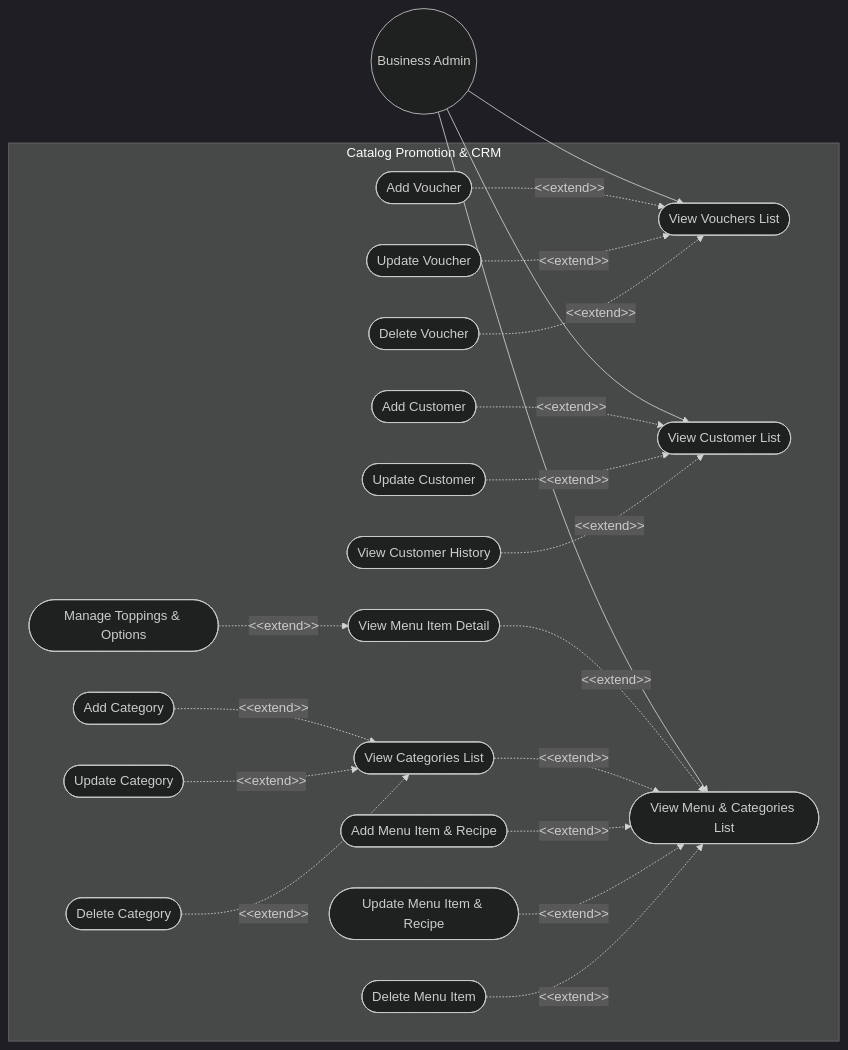
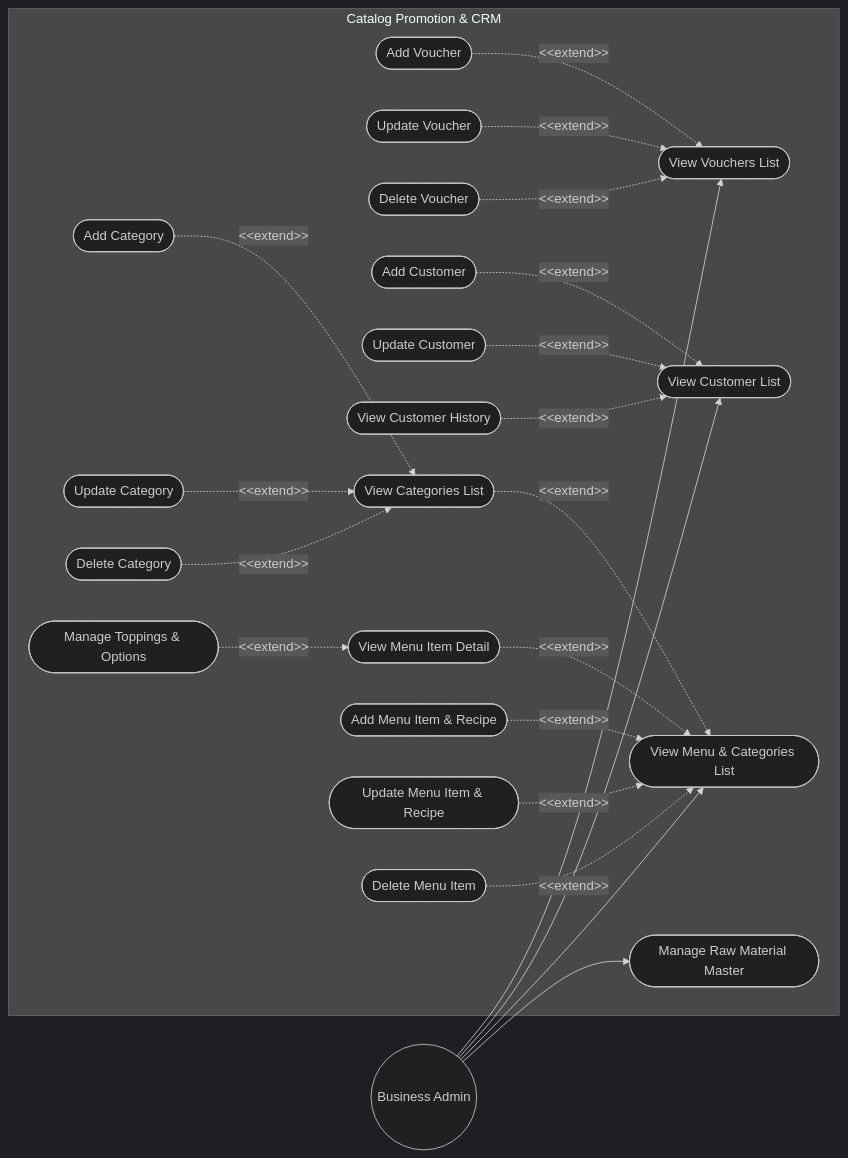
One commit to Shaichi/Khoga_coffe_shop changed the fourth of 8 diagrams in sections/02_user_requirements.md. Above: the diagram before and after it, drawn with Mermaid (dark theme). The commit also changed other lines of this file and 42 other files, not shown here.

````diff
--- a/sections/02_user_requirements.md
+++ b/sections/02_user_requirements.md
@@ -114,55 +114,58 @@
 ```mermaid
 graph LR
     %% Actors
     Actor_BizAdmin((Business Admin))
 
     %% Use Cases
     subgraph Catalog Promotion & CRM
         UC_ListVouchers([View Vouchers List])
         UC_AddVoucher([Add Voucher])
         UC_UpdateVoucher([Update Voucher])
         UC_DeleteVoucher([Delete Voucher])
 
         UC_ListCustomers([View Customer List])
         UC_AddCustomer([Add Customer])
         UC_UpdateCustomer([Update Customer])
         UC_ViewCustHistory([View Customer History])
 
         UC_ListMenu([View Menu & Categories List])
         UC_ViewMenuDetail([View Menu Item Detail])
         UC_ListCategories([View Categories List])
         UC_AddCat([Add Category])
         UC_UpdateCat([Update Category])
         UC_DeleteCat([Delete Category])
         UC_AddMenu([Add Menu Item & Recipe])
         UC_UpdateMenu([Update Menu Item & Recipe])
         UC_DeleteMenu([Delete Menu Item])
         UC_ManageToppings([Manage Toppings & Options])
+
+        UC_ManageMaterials([Manage Raw Material Master])
     end
 
     %% Business Admin Links
     Actor_BizAdmin --> UC_ListVouchers
     Actor_BizAdmin --> UC_ListCustomers
     Actor_BizAdmin --> UC_ListMenu
+    Actor_BizAdmin --> UC_ManageMaterials
 
     %% Voucher extends
     UC_AddVoucher -.-> |"&lt;&lt;extend&gt;&gt;"| UC_ListVouchers
     UC_UpdateVoucher -.-> |"&lt;&lt;extend&gt;&gt;"| UC_ListVouchers
     UC_DeleteVoucher -.-> |"&lt;&lt;extend&gt;&gt;"| UC_ListVouchers
 
     %% Customer extends
     UC_AddCustomer -.-> |"&lt;&lt;extend&gt;&gt;"| UC_ListCustomers
     UC_UpdateCustomer -.-> |"&lt;&lt;extend&gt;&gt;"| UC_ListCustomers
     UC_ViewCustHistory -.-> |"&lt;&lt;extend&gt;&gt;"| UC_ListCustomers
 
     %% Menu/Category extends
     UC_ViewMenuDetail -.-> |"&lt;&lt;extend&gt;&gt;"| UC_ListMenu
     UC_ListCategories -.-> |"&lt;&lt;extend&gt;&gt;"| UC_ListMenu
     UC_AddCat -.-> |"&lt;&lt;extend&gt;&gt;"| UC_ListCategories
     UC_UpdateCat -.-> |"&lt;&lt;extend&gt;&gt;"| UC_ListCategories
     UC_DeleteCat -.-> |"&lt;&lt;extend&gt;&gt;"| UC_ListCategories
     UC_AddMenu -.-> |"&lt;&lt;extend&gt;&gt;"| UC_ListMenu
     UC_UpdateMenu -.-> |"&lt;&lt;extend&gt;&gt;"| UC_ListMenu
     UC_DeleteMenu -.-> |"&lt;&lt;extend&gt;&gt;"| UC_ListMenu
     UC_ManageToppings -.-> |"&lt;&lt;extend&gt;&gt;"| UC_ViewMenuDetail
 ```
````
